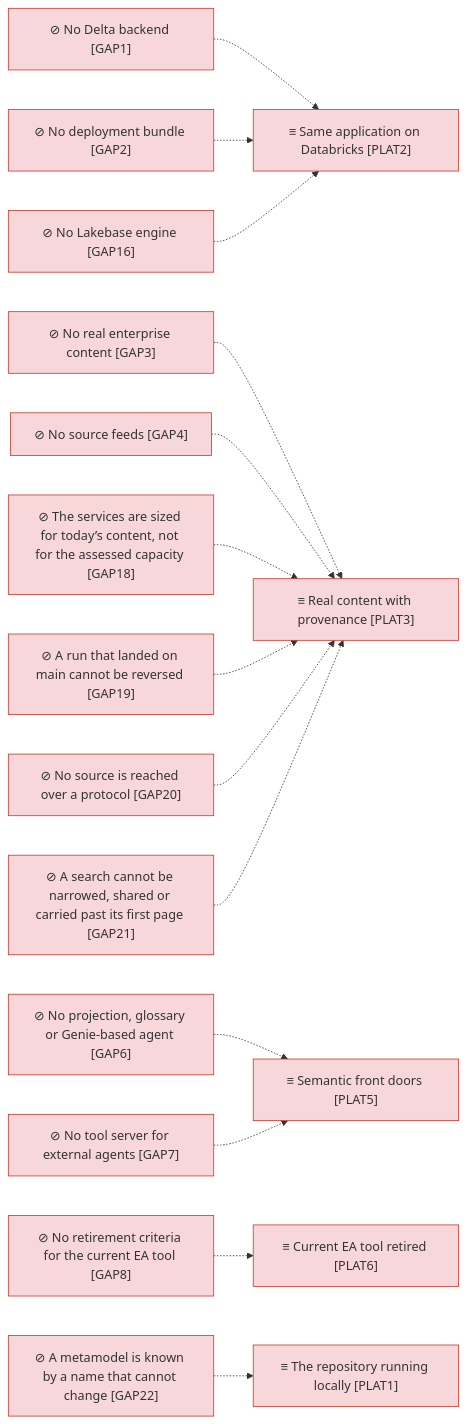
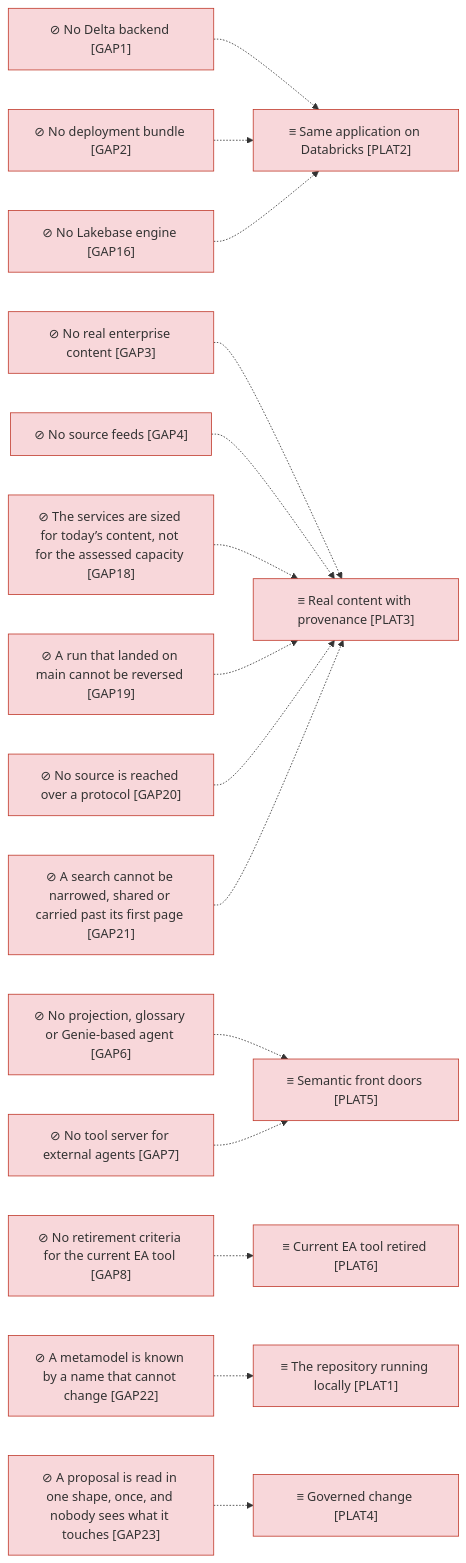
Before and after one commit to roanboc/dbx-enterprise-architecture: the third of 4 diagrams in architecture/6_transition/1_target-state.md, drawn with Mermaid. The commit also changed other lines of this file and 8 other files, not shown here.

First line of the commit message:
docs(architecture): initiative 22 drafted for Understanding — proposal templates, revisions and impact

````diff
--- a/architecture/6_transition/1_target-state.md
+++ b/architecture/6_transition/1_target-state.md
@@ -61,36 +62,39 @@
 ```mermaid
 flowchart LR
   p1["≡ The repository running locally [PLAT1]"]:::implementation
   p2["≡ Same application on Databricks [PLAT2]"]:::implementation
   p3["≡ Real content with provenance [PLAT3]"]:::implementation
   p5["≡ Semantic front doors [PLAT5]"]:::implementation
   p6["≡ Current EA tool retired [PLAT6]"]:::implementation
   g1["⊘ No Delta backend [GAP1]"]:::implementation
   g2["⊘ No deployment bundle [GAP2]"]:::implementation
   g16["⊘ No Lakebase engine [GAP16]"]:::implementation
   g3["⊘ No real enterprise content [GAP3]"]:::implementation
   g4["⊘ No source feeds [GAP4]"]:::implementation
   g6["⊘ No projection, glossary or Genie-based agent [GAP6]"]:::implementation
   g7["⊘ No tool server for external agents [GAP7]"]:::implementation
   g8["⊘ No retirement criteria for the current EA tool [GAP8]"]:::implementation
   g18["⊘ The services are sized for today’s content, not for the assessed capacity [GAP18]"]:::implementation
   g19["⊘ A run that landed on main cannot be reversed [GAP19]"]:::implementation
   g20["⊘ No source is reached over a protocol [GAP20]"]:::implementation
   g21["⊘ A search cannot be narrowed, shared or carried past its first page [GAP21]"]:::implementation
   g22["⊘ A metamodel is known by a name that cannot change [GAP22]"]:::implementation
+  g23["⊘ A proposal is read in one shape, once, and nobody sees what it touches [GAP23]"]:::implementation
+  p4["≡ Governed change [PLAT4]"]:::implementation
   g1 -.-> p2
   g2 -.-> p2
   g16 -.-> p2
   g3 -.-> p3
   g4 -.-> p3
   g6 -.-> p5
   g7 -.-> p5
   g8 -.-> p6
   g18 -.-> p3
   g19 -.-> p3
   g20 -.-> p3
   g21 -.-> p3
   g22 -.-> p1
+  g23 -.-> p4
 
   classDef implementation fill:#f8d7da,stroke:#c0392b,color:#333
 ```
````
